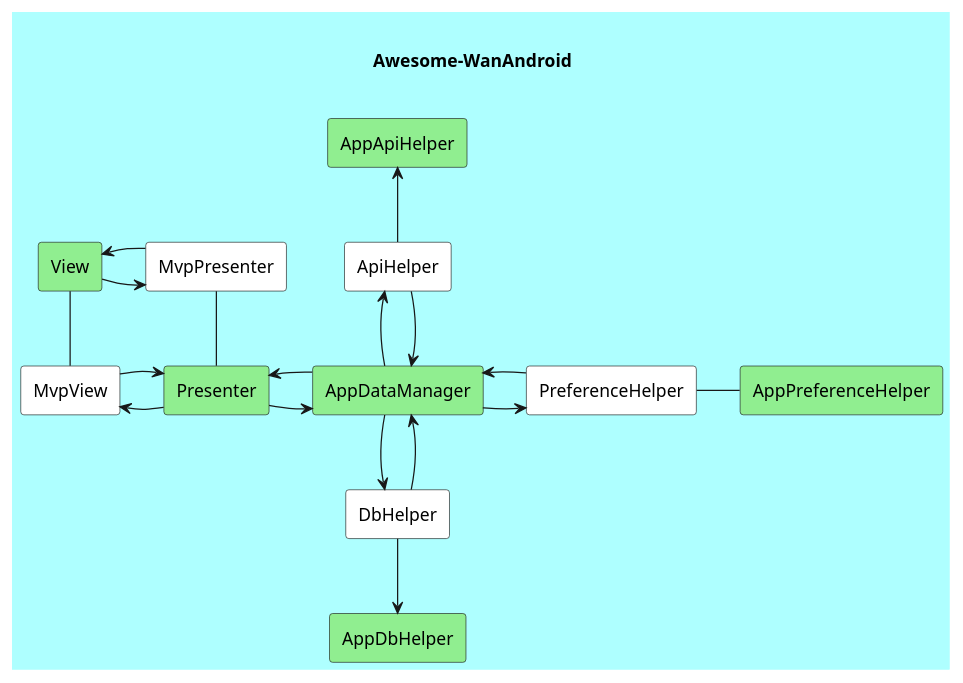
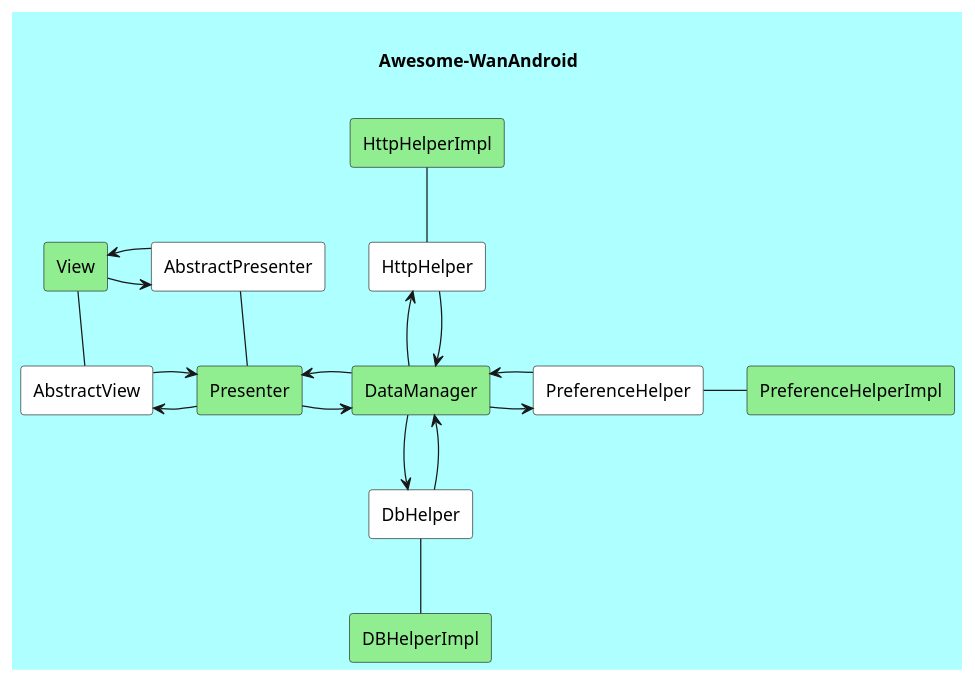
The diagram in App Architectrue.puml (JsonChao/Awesome-WanAndroid), drawn with PlantUML before and after one commit. The commit also changed 38 other files, not shown here.

```diff
--- a/App Architectrue.puml
+++ b/App Architectrue.puml
@@ -1,47 +1,47 @@
 @startuml
 
 title \n Awesome-WanAndroid \n
 
 skinparam backgroundColor #AEFFFF
 skinparam activityBackgroundColor peru
 skinparam activityBarColor #green
 skinparam activityBorderColor #ef5345
 skinparam activityFontName Impact
 
 rectangle View #lightGreen
-rectangle MvpView #white
-rectangle MvpPresenter #white
+rectangle AbstractView #white
+rectangle AbstractPresenter #white
 rectangle Presenter #lightGreen
-rectangle AppDataManager #lightGreen
-rectangle ApiHelper #white
-rectangle AppApiHelper #lightGreen
+rectangle DataManager #lightGreen
+rectangle HttpHelper #white
+rectangle HttpHelperImpl #lightGreen
 rectangle PreferenceHelper #white
-rectangle AppPreferenceHelper #lightGreen
+rectangle PreferenceHelperImpl #lightGreen
 rectangle DbHelper #white
-rectangle AppDbHelper #lightGreen
+rectangle DBHelperImpl #lightGreen
 
-View -- MvpView
-View -r-> MvpPresenter
-MvpPresenter -l-> View
-MvpPresenter -- Presenter
-Presenter -l-> MvpView
-MvpView -r-> Presenter
-Presenter -r-> AppDataManager
-AppDataManager -l-> Presenter
-AppDataManager -r-> PreferenceHelper
-PreferenceHelper -l-> AppDataManager
-PreferenceHelper -r- AppPreferenceHelper
-AppDataManager -u-> ApiHelper
-ApiHelper -d-> AppDataManager
-ApiHelper -u-> AppApiHelper
-AppDataManager -d-> DbHelper
-DbHelper -u-> AppDataManager
-DbHelper -d-> AppDbHelper
+View -- AbstractView
+View -r-> AbstractPresenter
+AbstractPresenter -l-> View
+AbstractPresenter -- Presenter
+Presenter -l-> AbstractView
+AbstractView -r-> Presenter
+Presenter -r-> DataManager
+DataManager -l-> Presenter
+DataManager -r-> PreferenceHelper
+PreferenceHelper -l-> DataManager
+PreferenceHelper -r- PreferenceHelperImpl
+DataManager -u-> HttpHelper
+HttpHelper -d-> DataManager
+HttpHelper -u- HttpHelperImpl
+DataManager -d-> DbHelper
+DbHelper -u-> DataManager
+DbHelper -d- DBHelperImpl
 
 
 
 
 
 
 
 @enduml
```
